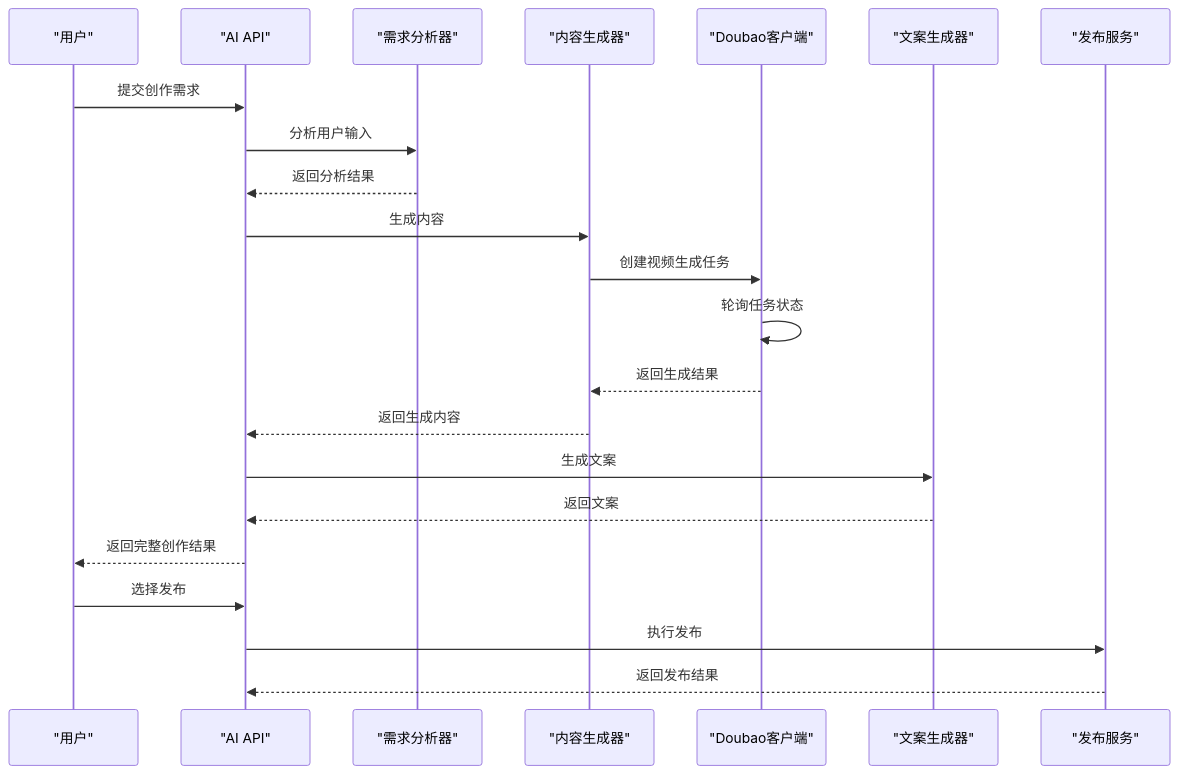
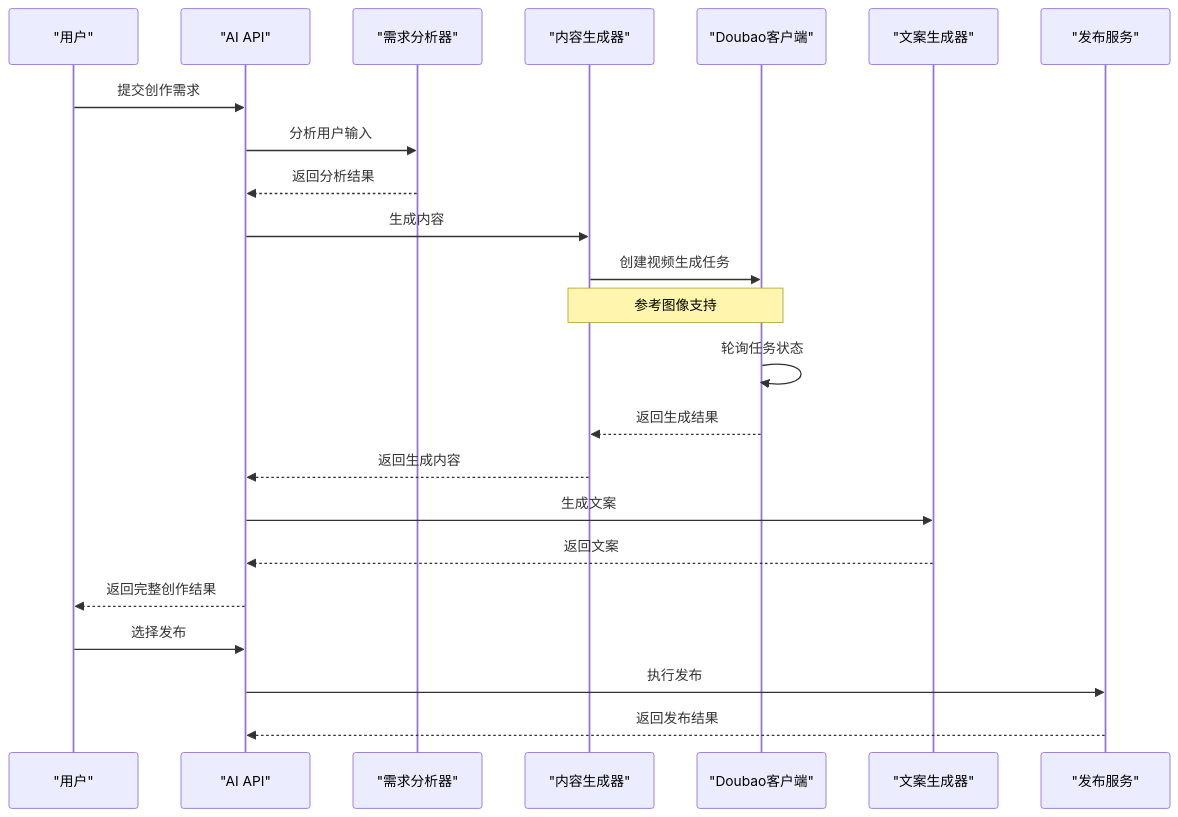
Before and after one commit to songdiyang/clawOperations: the eighth of 11 diagrams in .qoder/repowiki/zh/content/核心模块详解/AI内容生成系统.md, drawn with Mermaid. The commit also changed other lines of this file and 7 other files, not shown here.

````diff
--- a/.qoder/repowiki/zh/content/核心模块详解/AI内容生成系统.md
+++ b/.qoder/repowiki/zh/content/核心模块详解/AI内容生成系统.md
@@ -403,24 +431,25 @@
 ```mermaid
 sequenceDiagram
 participant User as "用户"
 participant API as "AI API"
 participant Analyzer as "需求分析器"
 participant Generator as "内容生成器"
 participant DoubaoClient as "Doubao客户端"
 participant Copywriter as "文案生成器"
 participant Publisher as "发布服务"
 User->>API : 提交创作需求
 API->>Analyzer : 分析用户输入
 Analyzer-->>API : 返回分析结果
 API->>Generator : 生成内容
 Generator->>DoubaoClient : 创建视频生成任务
+Note over Generator,DoubaoClient : 参考图像支持
 DoubaoClient->>DoubaoClient : 轮询任务状态
 DoubaoClient-->>Generator : 返回生成结果
 Generator-->>API : 返回生成内容
 API->>Copywriter : 生成文案
 Copywriter-->>API : 返回文案
 API-->>User : 返回完整创作结果
 User->>API : 选择发布
 API->>Publisher : 执行发布
 Publisher-->>API : 返回发布结果
 ```
````
